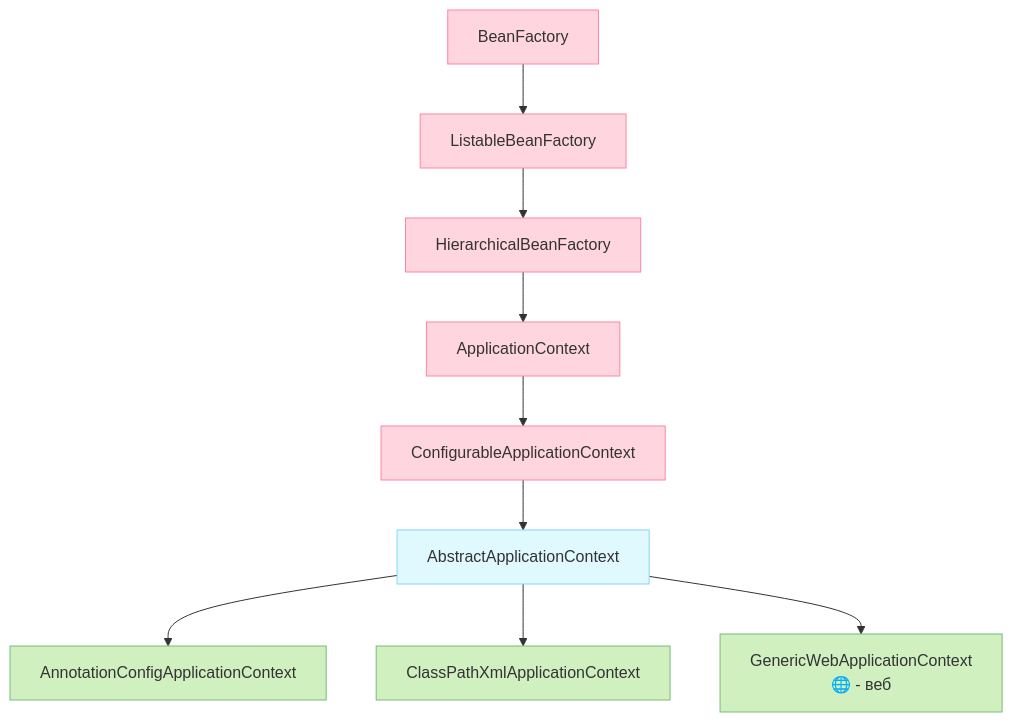
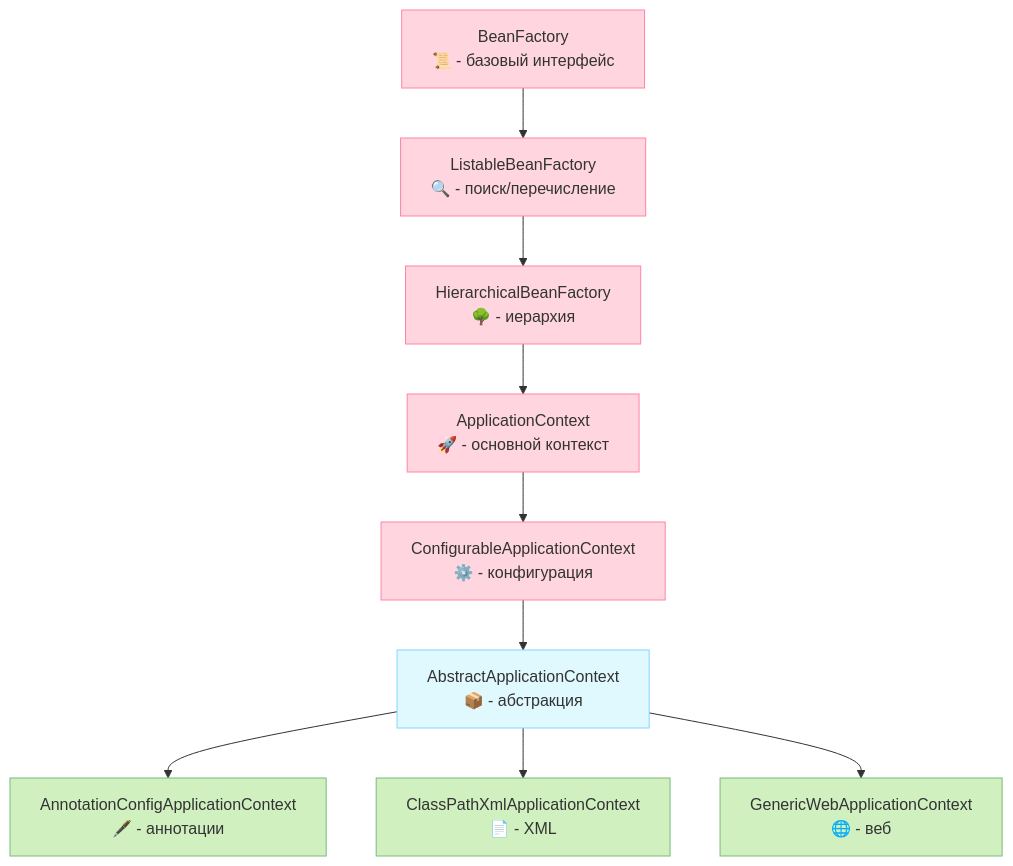
Before and after one commit to yury-connect/ITM_task026_Java_Podgotovka_k_INTERVJU: the third of 3 diagrams in ITM/ITM06_Spring/otc/BeanFactory_VS_ApplicationContext.md, drawn with Mermaid.

Commit message:
Spring: save _all

````diff
--- a/ITM/ITM06_Spring/otc/BeanFactory_VS_ApplicationContext.md
+++ b/ITM/ITM06_Spring/otc/BeanFactory_VS_ApplicationContext.md
@@ -38,19 +38,19 @@
 ```mermaid
 graph TD
-    A[BeanFactory] --> B[ListableBeanFactory]
-    B --> C[HierarchicalBeanFactory]
-    C --> D[ApplicationContext]
-    D --> E[ConfigurableApplicationContext]
-    E --> F[AbstractApplicationContext]
-    F --> G[AnnotationConfigApplicationContext]
-    F --> H[ClassPathXmlApplicationContext]
+    A[BeanFactory<br>📜 - базовый интерфейс] --> B[ListableBeanFactory<br>🔍 - поиск/перечисление]
+    B --> C[HierarchicalBeanFactory<br>🌳 - иерархия]
+    C --> D[ApplicationContext<br>🚀 - основной контекст]
+    D --> E[ConfigurableApplicationContext<br>⚙️ - конфигурация]
+    E --> F[AbstractApplicationContext<br>📦 - абстракция]
+    F --> G[AnnotationConfigApplicationContext<br>🖋️ - аннотации]
+    F --> H[ClassPathXmlApplicationContext<br>📄 - XML]
     F --> I[GenericWebApplicationContext<br>🌐 - веб]
     
     classDef interface fill:#FFD6E0,stroke:#FF85A2;
     classDef abstract fill:#E0F9FF,stroke:#85D4FF;
     classDef impl fill:#D0F0C0,stroke:#7ABA7A;
     
     class A,B,C,D,E interface;
     class F abstract;
     class G,H,I impl;
 ```
````
